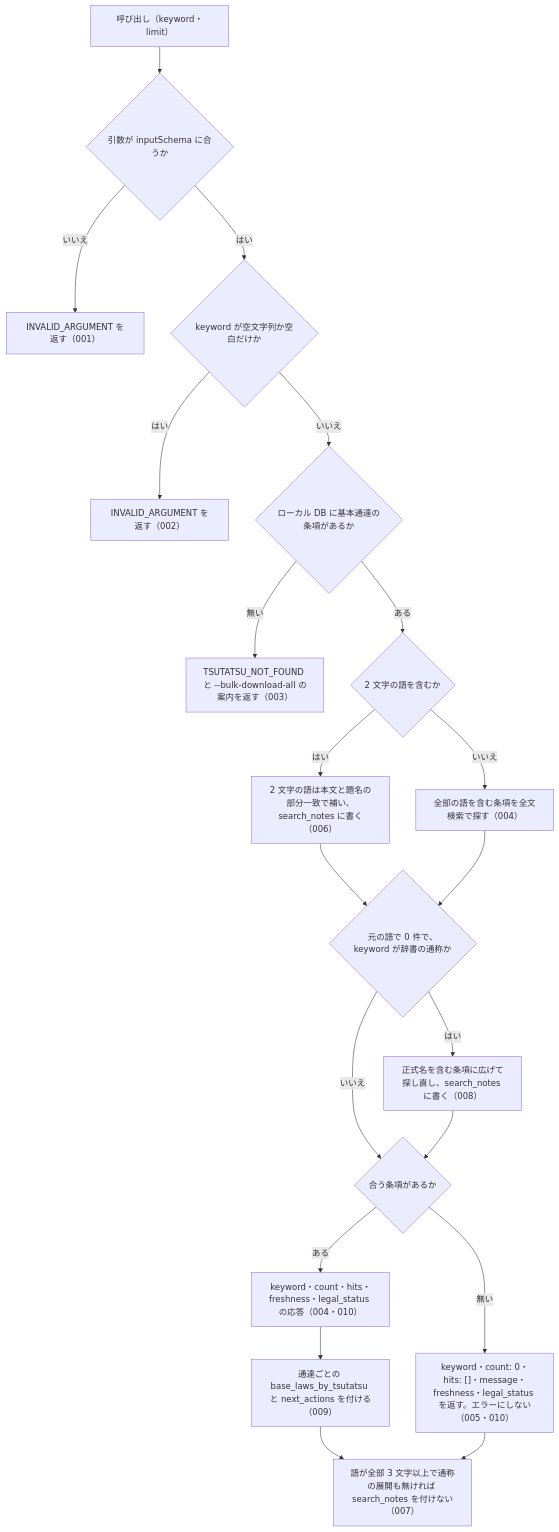
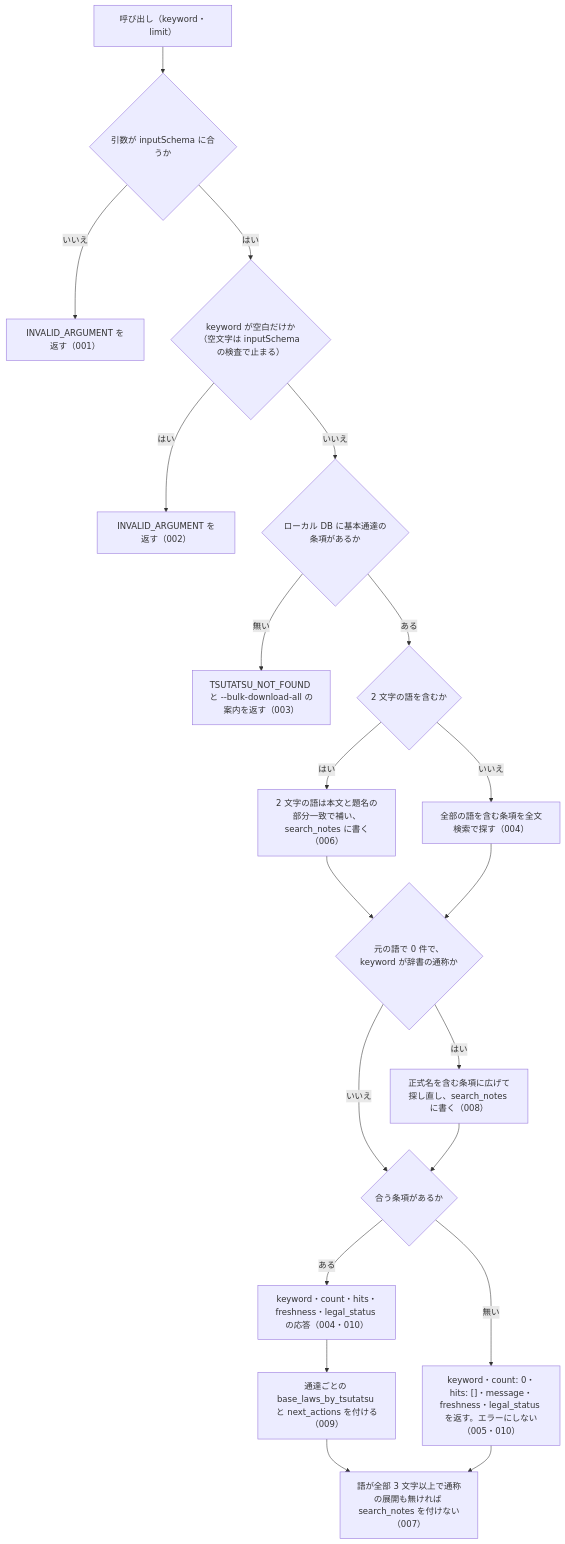
The diagram in specs/current/nta_search_tsutatsu/spec.md (shuji-bonji/houki-nta-mcp), drawn with Mermaid before and after one commit. The commit also changed 13 other files, not shown here.

````diff
--- a/specs/current/nta_search_tsutatsu/spec.md
+++ b/specs/current/nta_search_tsutatsu/spec.md
@@ -28,22 +28,22 @@
 ```mermaid
 flowchart TD
   A["呼び出し（keyword・limit）"] --> B{"引数が inputSchema に合うか"}
   B -- いいえ --> E1["INVALID_ARGUMENT を返す（001）"]
-  B -- はい --> C{"keyword が空文字列か空白だけか"}
+  B -- はい --> C{"keyword が空白だけか（空文字は inputSchema の検査で止まる）"}
   C -- はい --> E2["INVALID_ARGUMENT を返す（002）"]
   C -- いいえ --> D{"ローカル DB に基本通達の条項があるか"}
   D -- 無い --> E3["TSUTATSU_NOT_FOUND と --bulk-download-all の案内を返す（003）"]
   D -- ある --> F{"2 文字の語を含むか"}
   F -- はい --> G["2 文字の語は本文と題名の部分一致で補い、search_notes に書く（006）"]
   F -- いいえ --> H["全部の語を含む条項を全文検索で探す（004）"]
   G --> I{"元の語で 0 件で、keyword が辞書の通称か"}
   H --> I
   I -- はい --> J["正式名を含む条項に広げて探し直し、search_notes に書く（008）"]
   I -- いいえ --> K{"合う条項があるか"}
   J --> K
   K -- ある --> L["keyword・count・hits・freshness・legal_status の応答（004・010）"]
   L --> M["通達ごとの base_laws_by_tsutatsu と next_actions を付ける（009）"]
   K -- 無い --> N["keyword・count: 0・hits: []・message・freshness・legal_status を返す。エラーにしない（005・010）"]
   M --> O["語が全部 3 文字以上で通称の展開も無ければ search_notes を付けない（007）"]
   N --> O
 ```
````
